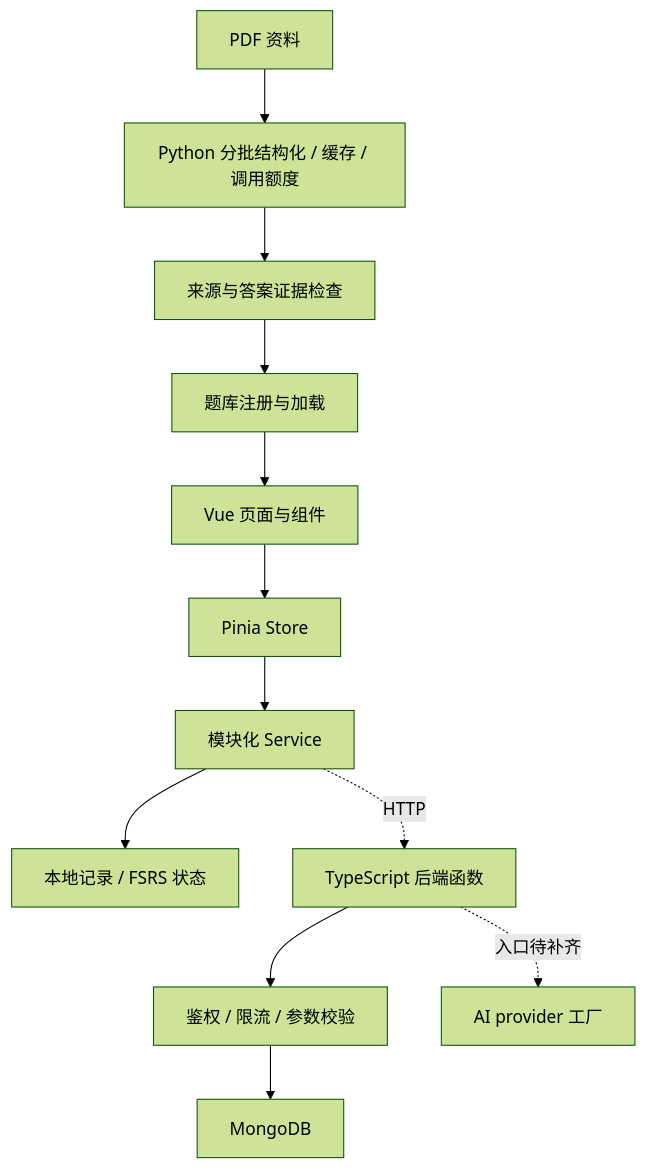
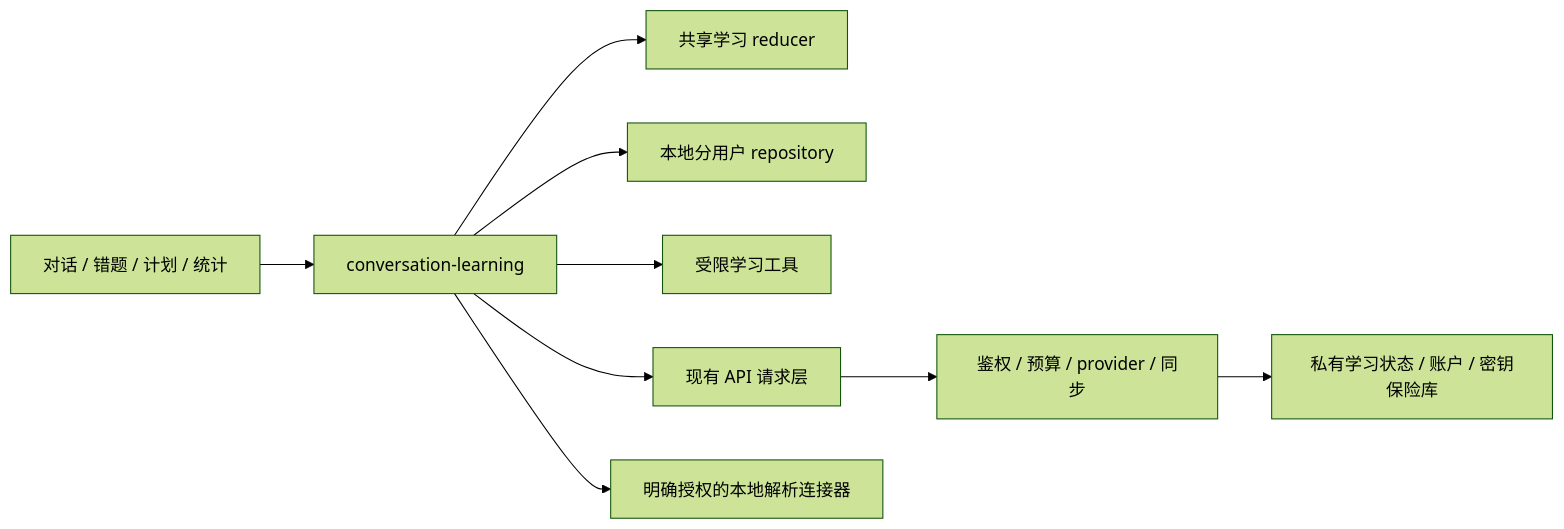
The diagram in docs/02-ARCHITECTURE.md (djblack1209-coder/EXAM-MASTER), drawn with Mermaid (forest theme) before and after one commit. The commit also changed other lines of this file and 326 other files, not shown here.

First line of the commit message:
Wenli local handover: existing learning work and verified debt fixes

````diff
--- a/docs/02-ARCHITECTURE.md
+++ b/docs/02-ARCHITECTURE.md
@@ -9,14 +7,11 @@
 ```mermaid
-flowchart TB
-  PDF[PDF 资料] --> PIPE[Python 分批结构化 / 缓存 / 调用额度]
-  PIPE --> GATE[来源与答案证据检查]
-  GATE --> BANK[题库注册与加载]
-  BANK --> UI[Vue 页面与组件]
-  UI --> STORE[Pinia Store]
-  STORE --> SERVICE[模块化 Service]
-  SERVICE --> LOCAL[本地记录 / FSRS 状态]
-  SERVICE -. HTTP .-> API[TypeScript 后端函数]
-  API --> AUTH[鉴权 / 限流 / 参数校验]
-  AUTH --> DB[MongoDB]
-  API -. 入口待补齐 .-> AI[AI provider 工厂]
+flowchart LR
+  UI[对话 / 错题 / 计划 / 统计] --> Store[conversation-learning]
+  Store --> Facts[共享学习 reducer]
+  Store --> Repo[本地分用户 repository]
+  Store --> Tools[受限学习工具]
+  Store --> API[现有 API 请求层]
+  API --> Backend[鉴权 / 预算 / provider / 同步]
+  Backend --> Mongo[私有学习状态 / 账户 / 密钥保险库]
+  Store --> Parser[明确授权的本地解析连接器]
 ```
````
